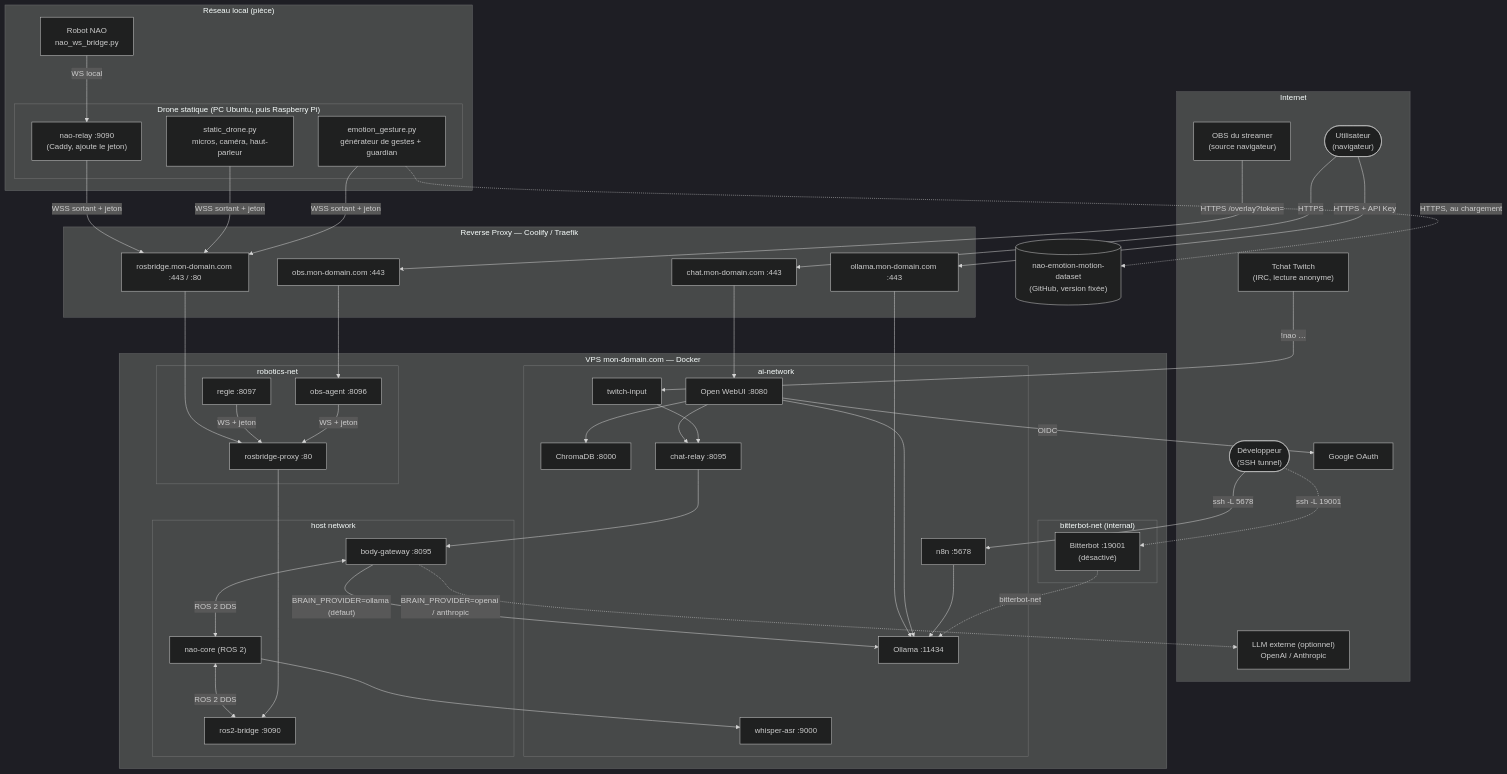
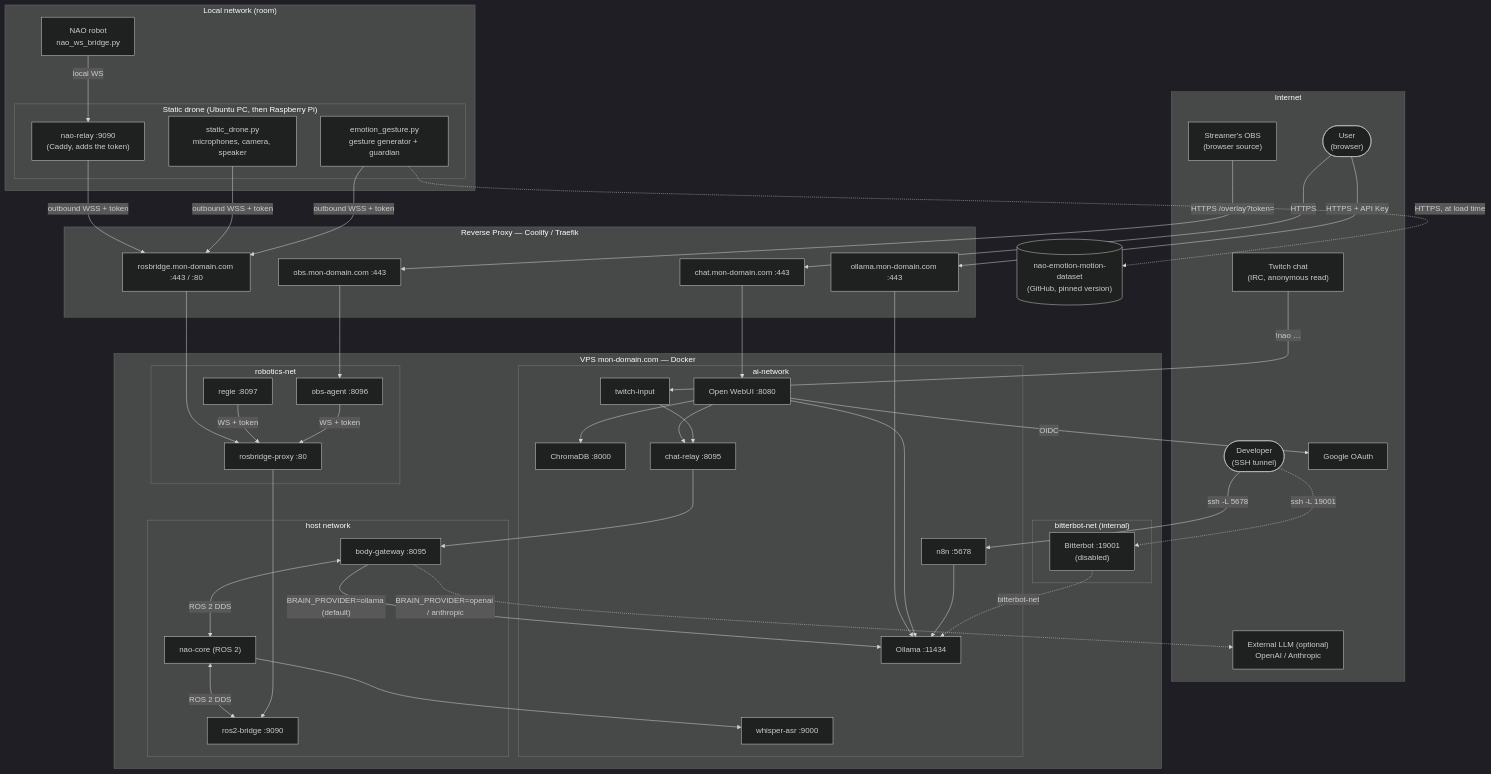
The diagram in README.md (Monolithoid/myAIBodiesHub), drawn with Mermaid (dark theme) before and after one commit. The commit also changed other lines of this file and 4 other files, not shown here.

````diff
--- a/README.md
+++ b/README.md
@@ -42,24 +42,24 @@
 ```mermaid
 flowchart TB
     subgraph Internet
-        User(["Utilisateur\n(navigateur)"])
-        Dev(["Développeur\n(SSH tunnel)"])
+        User(["User\n(browser)"])
+        Dev(["Developer\n(SSH tunnel)"])
         Google["Google OAuth"]
-        ExtLLM["LLM externe (optionnel)\nOpenAI / Anthropic"]
-        Twitch["Tchat Twitch\n(IRC, lecture anonyme)"]
-        OBS["OBS du streamer\n(source navigateur)"]
+        ExtLLM["External LLM (optional)\nOpenAI / Anthropic"]
+        Twitch["Twitch chat\n(IRC, anonymous read)"]
+        OBS["Streamer's OBS\n(browser source)"]
     end
 
-    subgraph Local["Réseau local (pièce)"]
-        NAO["Robot NAO\nnao_ws_bridge.py"]
-        subgraph Static["Drone statique (PC Ubuntu, puis Raspberry Pi)"]
-            StaticDrone["static_drone.py\nmicros, caméra, haut-parleur"]
-            EmoGesture["emotion_gesture.py\ngénérateur de gestes + guardian"]
-            NaoRelay["nao-relay :9090\n(Caddy, ajoute le jeton)"]
+    subgraph Local["Local network (room)"]
+        NAO["NAO robot\nnao_ws_bridge.py"]
+        subgraph Static["Static drone (Ubuntu PC, then Raspberry Pi)"]
+            StaticDrone["static_drone.py\nmicrophones, camera, speaker"]
+            EmoGesture["emotion_gesture.py\ngesture generator + guardian"]
+            NaoRelay["nao-relay :9090\n(Caddy, adds the token)"]
         end
     end
 
-    Dataset[("nao-emotion-motion-dataset\n(GitHub, version fixée)")]
+    Dataset[("nao-emotion-motion-dataset\n(GitHub, pinned version)")]
 
     subgraph Coolify["Reverse Proxy — Coolify / Traefik"]
         RP_Chat["chat.mon-domain.com :443"]
@@ -80,7 +80,7 @@
         end
 
         subgraph bbNet["bitterbot-net (internal)"]
-            Bitterbot["Bitterbot :19001\n(désactivé)"]
+            Bitterbot["Bitterbot :19001\n(disabled)"]
         end
 
         subgraph hostNet["host network"]
@@ -107,7 +107,7 @@
     N8N --> Ollama
     Bitterbot -.->|bitterbot-net| Ollama
 
-    BodyGW -->|"BRAIN_PROVIDER=ollama (défaut)"| Ollama
+    BodyGW -->|"BRAIN_PROVIDER=ollama (default)"| Ollama
     BodyGW -.->|"BRAIN_PROVIDER=openai / anthropic"| ExtLLM
     BodyGW <-->|"ROS 2 DDS"| NaoCore
     NaoCore <-->|"ROS 2 DDS"| Ros2Bridge
@@ -115,11 +115,11 @@
     NaoCore --> Whisper
     Twitch -->|"!nao …"| TwitchIn --> ChatRelay
 
-    NAO -->|"WS local"| NaoRelay -->|"WSS sortant + jeton"| RP_ROS --> RosbridgeProxy --> Ros2Bridge
-    StaticDrone -->|"WSS sortant + jeton"| RP_ROS
-    EmoGesture -->|"WSS sortant + jeton"| RP_ROS
-    EmoGesture -.->|"HTTPS, au chargement"| Dataset
-    Regie -->|"WS + jeton"| RosbridgeProxy
-    ObsAgent -->|"WS + jeton"| RosbridgeProxy
+    NAO -->|"local WS"| NaoRelay -->|"outbound WSS + token"| RP_ROS --> RosbridgeProxy --> Ros2Bridge
+    StaticDrone -->|"outbound WSS + token"| RP_ROS
+    EmoGesture -->|"outbound WSS + token"| RP_ROS
+    EmoGesture -.->|"HTTPS, at load time"| Dataset
+    Regie -->|"WS + token"| RosbridgeProxy
+    ObsAgent -->|"WS + token"| RosbridgeProxy
     OBS -->|"HTTPS /overlay?token="| RP_OBS --> ObsAgent
 ```
````
